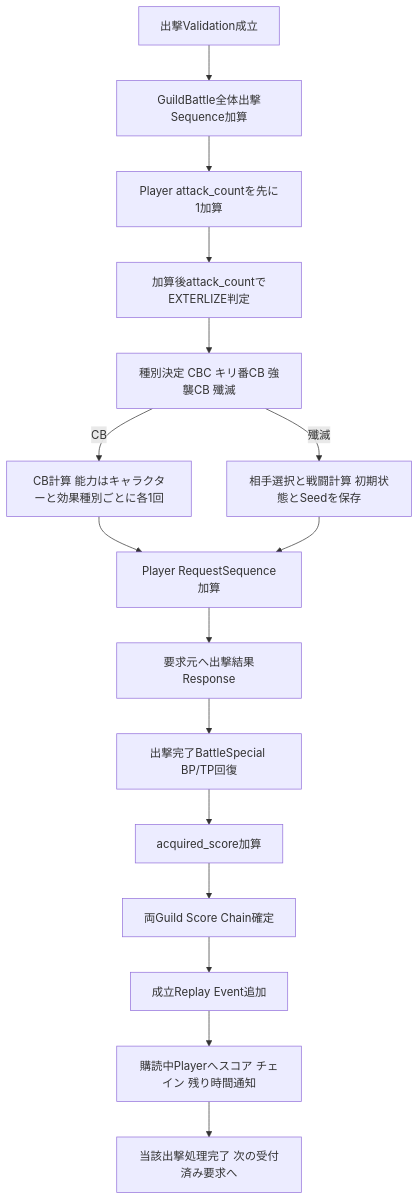
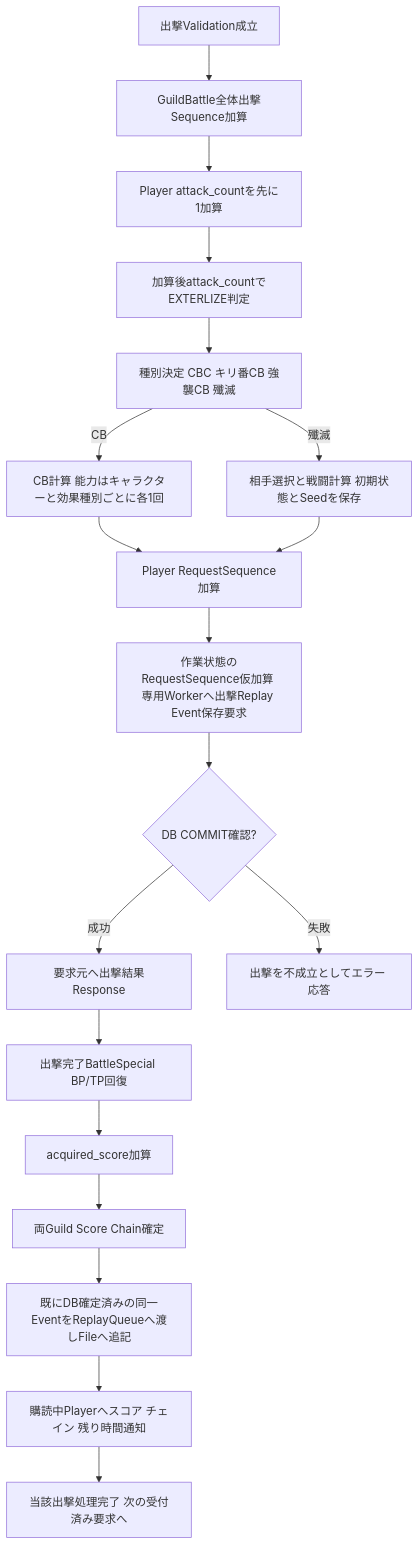
The third of 5 diagrams in design/programming/server/guild_battle_runtime.md (ReHydrangeaOdyssey/Specifications), drawn with Mermaid before and after one commit. The commit also changed other lines of this file and 21 other files, not shown here.

````diff
--- a/design/programming/server/guild_battle_runtime.md
+++ b/design/programming/server/guild_battle_runtime.md
@@ -110,18 +110,21 @@
 ```mermaid
 flowchart TD
     A[出撃Validation成立] --> S[GuildBattle全体出撃Sequence加算]
     S --> AC[Player attack_countを先に1加算]
     AC --> EX[加算後attack_countでEXTERLIZE判定]
     EX --> K[種別決定 CBC キリ番CB 強襲CB 殲滅]
     K -->|CB| CB[CB計算 能力はキャラクターと効果種別ごとに各1回]
     K -->|殲滅| T[相手選択と戦闘計算 初期状態とSeedを保存]
     CB --> RS[Player RequestSequence加算]
     T --> RS
-    RS --> RESP[要求元へ出撃結果Response]
+    RS --> DUR[作業状態のRequestSequence仮加算 専用Workerへ出撃Replay Event保存要求]
+    DUR --> ACK{DB COMMIT確認?}
+    ACK -->|成功| RESP[要求元へ出撃結果Response]
+    ACK -->|失敗| ERR[出撃を不成立としてエラー 応答]
     RESP --> B[出撃完了BattleSpecial BP/TP回復]
     B --> SC[acquired_score加算]
     SC --> CH[両Guild Score Chain確定]
-    CH --> RP[成立Replay Event追加]
+    CH --> RP[既にDB確定済みの同一EventをReplayQueueへ渡しFileへ追記]
     RP --> N[購読中Playerへスコア チェイン 残り時間通知]
     N --> END[当該出撃処理完了 次の受付済み要求へ]
 ```
````
